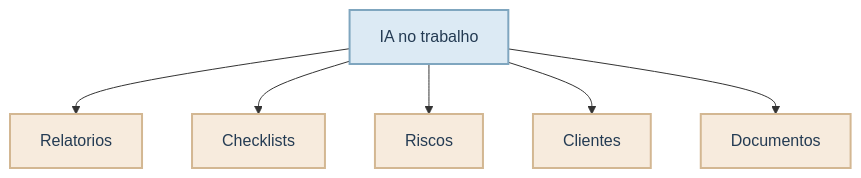
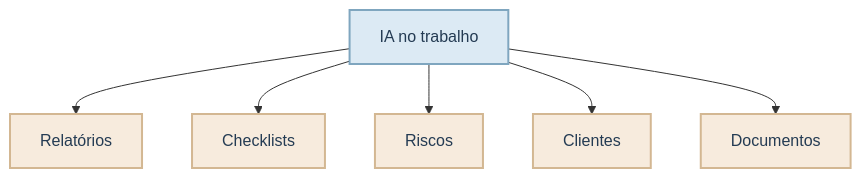
Before and after one commit to mikaelakihitto/self-study-data-science: the seventh of 51 diagrams in temas/introducao_pratica_ia_e_genia/estudo/aula1.qmd, drawn with Mermaid. The commit also changed other lines of this file, not shown here.

````diff
--- a/temas/introducao_pratica_ia_e_genia/estudo/aula1.qmd
+++ b/temas/introducao_pratica_ia_e_genia/estudo/aula1.qmd
@@ -184,17 +175,17 @@
 ```{mermaid}
 %%| fig-align: center
 %%| out-width: 72%
 graph TD
     A[IA no trabalho]
-    A --> N1[Relatorios]
+    A --> N1[Relatórios]
     A --> N2[Checklists]
     A --> N3[Riscos]
     A --> N4[Clientes]
     A --> N5[Documentos]
     %% Definicao das cores
     classDef styleAzul fill:#DCEAF4,stroke:#7FA6BF,stroke-width:2px,color:#243B53;
     classDef styleVerde fill:#E7F2E8,stroke:#90B29A,stroke-width:2px,color:#243B53;
     classDef styleAreia fill:#F7EBDD,stroke:#D3B792,stroke-width:2px,color:#243B53;
     class A styleAzul;
     class N1,N2,N3,N4,N5 styleAreia;
 ```
````
